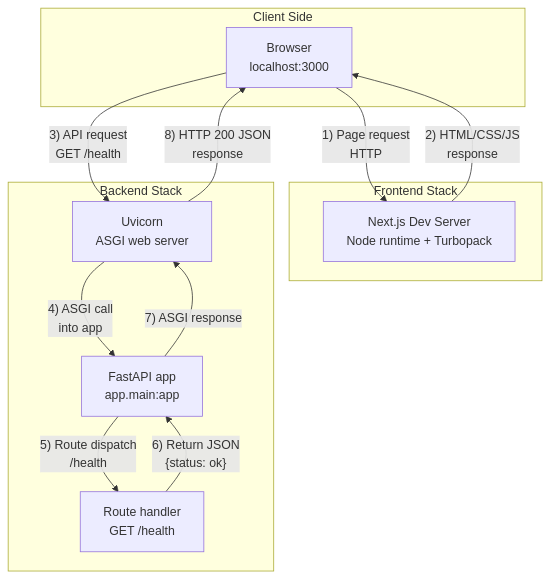
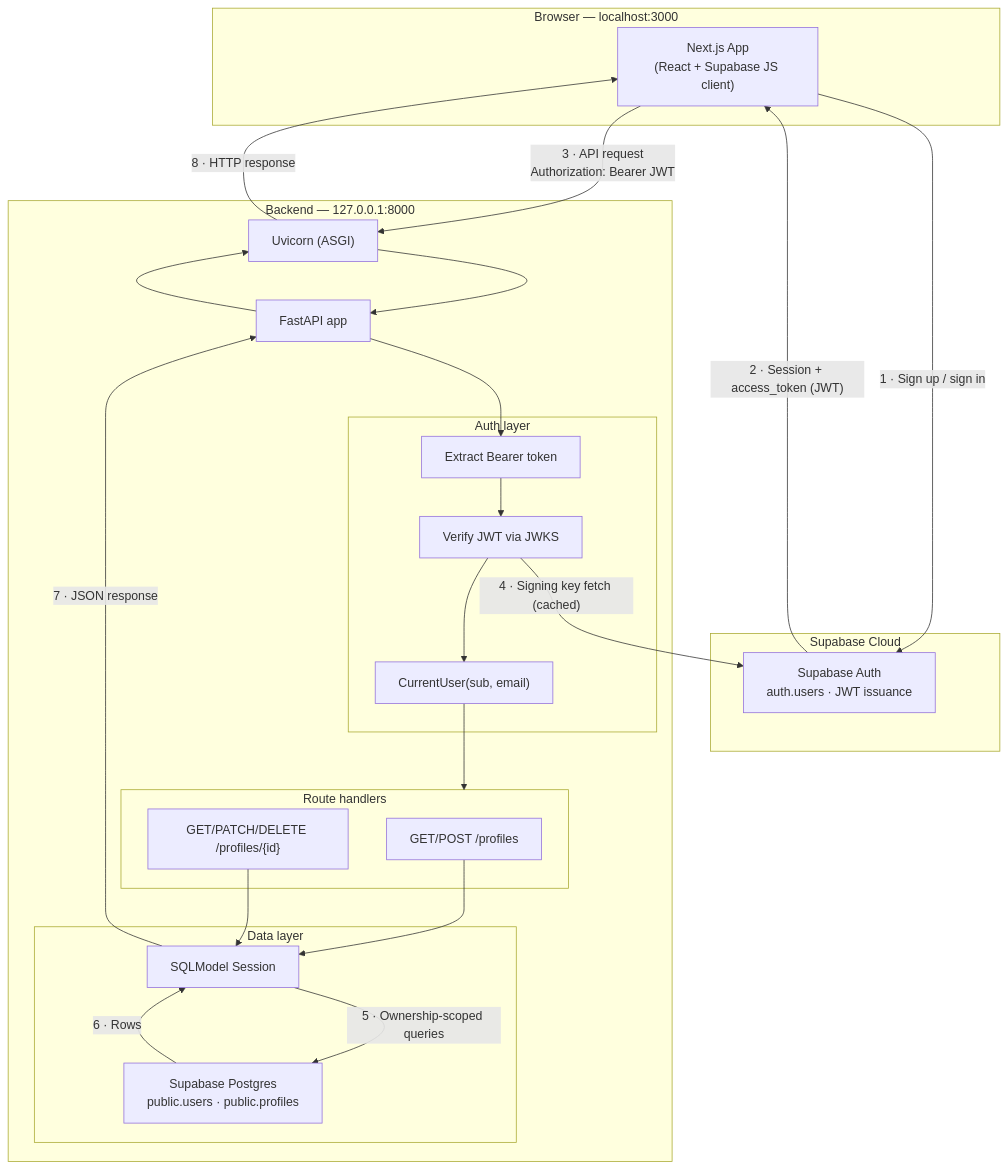
Before and after one commit to jalridley/health-historian: the diagram in docs/architecture-flow.md, drawn with Mermaid. The commit also changed other lines of this file and 1 other file, not shown here.

Commit message:
Update README and architecture flow documentation
- Revised README to clarify project stack and quickstart instructions, including Supabase integration.
- Enhanced local development architecture flow diagram to detail authentication and request handling between frontend and backend components.
- Improved documentation structure for better readability and accessibility of information.

````diff
--- a/docs/architecture-flow.md
+++ b/docs/architecture-flow.md
@@ -3,26 +5,50 @@
 ```mermaid
 flowchart TD
-  subgraph clientSide [Client Side]
-    browser["Browser<br/>localhost:3000"]
+  subgraph client [Browser — localhost:3000]
+    app["Next.js App<br/>(React + Supabase JS client)"]
   end
 
-  subgraph frontendStack [Frontend Stack]
-    nextDev["Next.js Dev Server<br/>Node runtime + Turbopack"]
+  subgraph supaAuth [Supabase Cloud]
+    authSvc["Supabase Auth<br/>auth.users · JWT issuance"]
   end
 
-  subgraph backendStack [Backend Stack]
-    uvicorn["Uvicorn<br/>ASGI web server"]
-    fastapi["FastAPI app<br/>app.main:app"]
-    healthHandler["Route handler<br/>GET /health"]
+  subgraph backend [Backend — 127.0.0.1:8000]
+    uvicorn["Uvicorn (ASGI)"]
+    fastapi["FastAPI app"]
+
+    subgraph auth [Auth layer]
+      bearer["Extract Bearer token"]
+      jwks["Verify JWT via JWKS"]
+      currentUser["CurrentUser(sub, email)"]
+    end
+
+    subgraph routes [Route handlers]
+      profiles["GET/POST /profiles"]
+      profile["GET/PATCH/DELETE /profiles/{id}"]
+    end
+
+    subgraph data [Data layer]
+      session["SQLModel Session"]
+      db["Supabase Postgres<br/>public.users · public.profiles"]
+    end
   end
 
-  browser -->|"  1) Page request  <br/>  HTTP  "| nextDev
-  nextDev -->|"  2) HTML/CSS/JS  <br/>  response  "| browser
+  app -->|"1 · Sign up / sign in"| authSvc
+  authSvc -->|"2 · Session + access_token (JWT)"| app
 
-  browser -->|"  3) API request  <br/>  GET /health  "| uvicorn
-  uvicorn -->|"  4) ASGI call  <br/>  into app  "| fastapi
-  fastapi -->|"  5) Route dispatch  <br/>  /health  "| healthHandler
-  healthHandler -->|"  6) Return JSON  <br/>  {status: ok}  "| fastapi
-  fastapi -->|"  7) ASGI response  "| uvicorn
-  uvicorn -->|"  8) HTTP 200 JSON  <br/>  response  "| browser
+  app -->|"3 · API request<br/>Authorization: Bearer JWT"| uvicorn
+  uvicorn --> fastapi
+  fastapi --> bearer
+  bearer --> jwks
+  jwks -->|"4 · Signing key fetch (cached)"| authSvc
+  jwks --> currentUser
+
+  currentUser --> routes
+
+  profiles & profile --> session
+  session -->|"5 · Ownership-scoped queries"| db
+  db -->|"6 · Rows"| session
+  session -->|"7 · JSON response"| fastapi
+  fastapi --> uvicorn
+  uvicorn -->|"8 · HTTP response"| app
 ```
````
